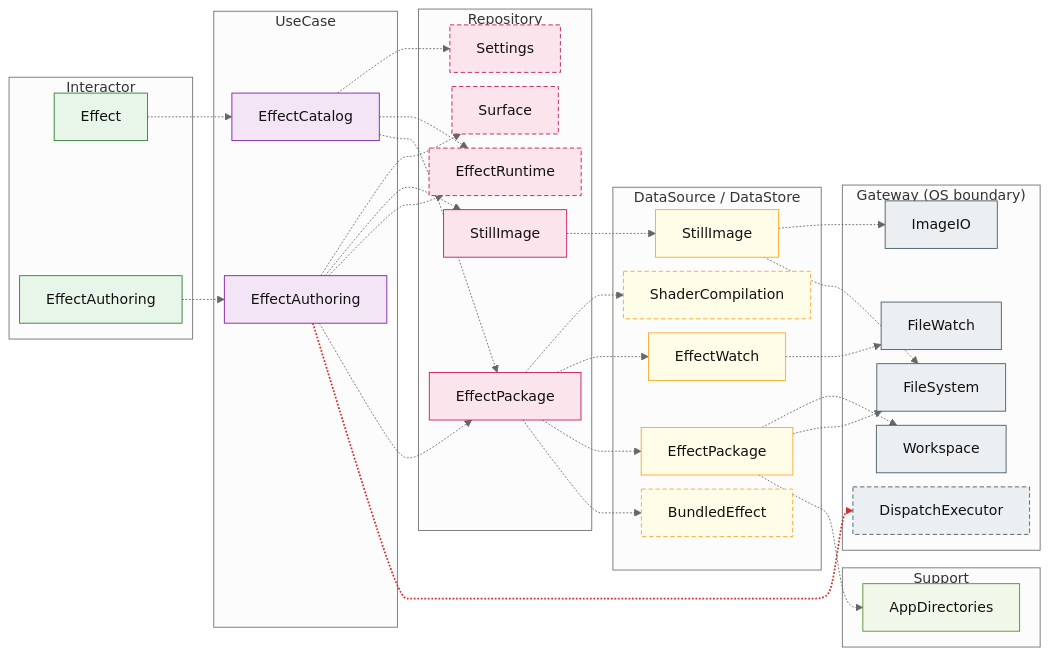
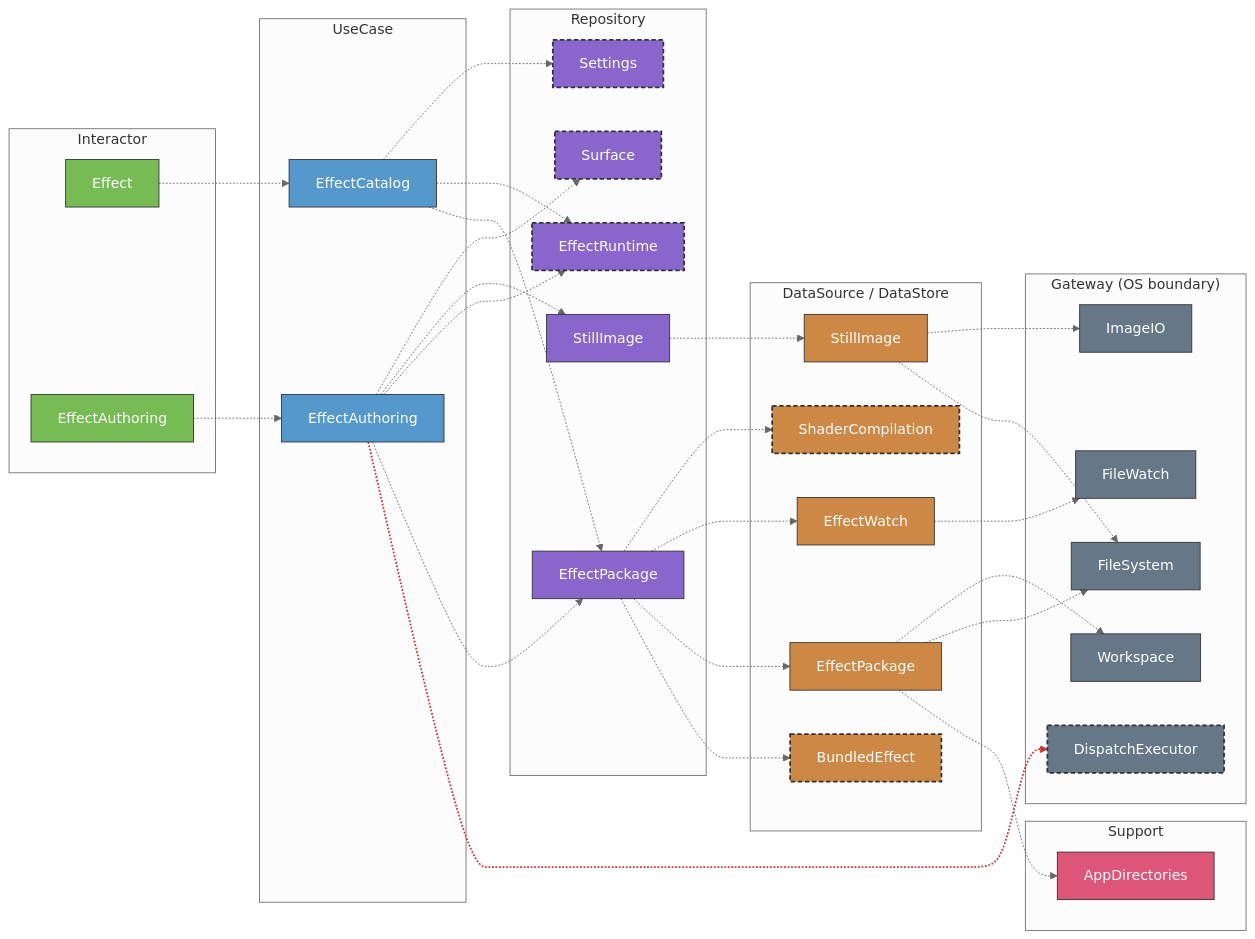
The sixth of 8 diagrams in docs/ARCHITECTURE.md (GeneralD/mirage), drawn with Mermaid (neutral theme) before and after one commit. The commit also changed other lines of this file, not shown here.

First line of the commit message:
docs(architecture): colour the diagrams by layer as in lyra

````diff
--- a/docs/ARCHITECTURE.md
+++ b/docs/ARCHITECTURE.md
@@ -342,67 +339,66 @@
 ```mermaid
-%%{init: {"flowchart": {"rankSpacing": 24, "nodeSpacing": 16}}}%%
 graph LR
   subgraph Area2_int["Interactor"]
     EffectInteractor["Effect"]:::int
     EffectAuthoringInteractor["EffectAuthoring"]:::int
   end
   subgraph Area2_uc["UseCase"]
     EffectCatalogUseCase["EffectCatalog"]:::uc
     EffectAuthoringUseCase["EffectAuthoring"]:::uc
   end
   subgraph Area2_repo["Repository"]
     EffectPackageRepository["EffectPackage"]:::repo
     StillImageRepository["StillImage"]:::repo
     EffectRuntimeRepository["EffectRuntime"]:::repox
     SettingsRepository["Settings"]:::repox
     SurfaceRepository["Surface"]:::repox
   end
   subgraph Area2_ds["DataSource / DataStore"]
     EffectPackageDataSource["EffectPackage"]:::ds
     EffectWatchDataSource["EffectWatch"]:::ds
     StillImageDataSource["StillImage"]:::ds
     BundledEffectDataSource["BundledEffect"]:::dsx
     ShaderCompilationDataSource["ShaderCompilation"]:::dsx
   end
   subgraph Area2_gw["Gateway (OS boundary)"]
     FileSystemGateway["FileSystem"]:::gw
     FileWatchGateway["FileWatch"]:::gw
     WorkspaceGateway["Workspace"]:::gw
     ImageIOGateway["ImageIO"]:::gw
     DispatchExecutorGateway["DispatchExecutor"]:::gwx
   end
   subgraph Area2_sup["Support"]
     AppDirectories:::sup
   end
   EffectInteractor -.-> EffectCatalogUseCase
   EffectAuthoringInteractor -.-> EffectAuthoringUseCase
   EffectCatalogUseCase -.-> EffectPackageRepository
   EffectCatalogUseCase -.-> EffectRuntimeRepository
   EffectCatalogUseCase -.-> SettingsRepository
   EffectAuthoringUseCase -.-> DispatchExecutorGateway
   EffectAuthoringUseCase -.-> EffectPackageRepository
   EffectAuthoringUseCase -.-> EffectRuntimeRepository
   EffectAuthoringUseCase -.-> StillImageRepository
   EffectAuthoringUseCase -.-> SurfaceRepository
   EffectPackageRepository -.-> BundledEffectDataSource
   EffectPackageRepository -.-> EffectPackageDataSource
   EffectPackageRepository -.-> EffectWatchDataSource
   EffectPackageRepository -.-> ShaderCompilationDataSource
   StillImageRepository -.-> StillImageDataSource
   EffectPackageDataSource -.-> AppDirectories
   EffectPackageDataSource -.-> FileSystemGateway
   EffectPackageDataSource -.-> WorkspaceGateway
   EffectWatchDataSource -.-> FileWatchGateway
   StillImageDataSource -.-> FileSystemGateway
   StillImageDataSource -.-> ImageIOGateway
-  classDef ds fill:#fffde7,stroke:#f9a825,color:#111
-  classDef dsx fill:#fffde7,stroke:#f9a825,color:#111,stroke-dasharray:5 3
-  classDef gw fill:#eceff1,stroke:#455a64,color:#111
-  classDef gwx fill:#eceff1,stroke:#455a64,color:#111,stroke-dasharray:5 3
-  classDef int fill:#e8f5e9,stroke:#2e7d32,color:#111
-  classDef repo fill:#fce4ec,stroke:#c2185b,color:#111
-  classDef repox fill:#fce4ec,stroke:#c2185b,color:#111,stroke-dasharray:5 3
-  classDef sup fill:#f1f8e9,stroke:#558b2f,color:#111
-  classDef uc fill:#f3e5f5,stroke:#7b1fa2,color:#111
+  classDef ds fill:#c84,stroke:#333,color:#fff
+  classDef dsx fill:#c84,stroke:#333,stroke-width:2px,stroke-dasharray:5 3,color:#fff
+  classDef gw fill:#678,stroke:#333,color:#fff
+  classDef gwx fill:#678,stroke:#333,stroke-width:2px,stroke-dasharray:5 3,color:#fff
+  classDef int fill:#7b5,stroke:#333,color:#fff
+  classDef repo fill:#86c,stroke:#333,color:#fff
+  classDef repox fill:#86c,stroke:#333,stroke-width:2px,stroke-dasharray:5 3,color:#fff
+  classDef sup fill:#d57,stroke:#333,color:#fff
+  classDef uc fill:#59c,stroke:#333,color:#fff
   linkStyle 5 stroke:#d32f2f,stroke-width:2px
 ```
````
